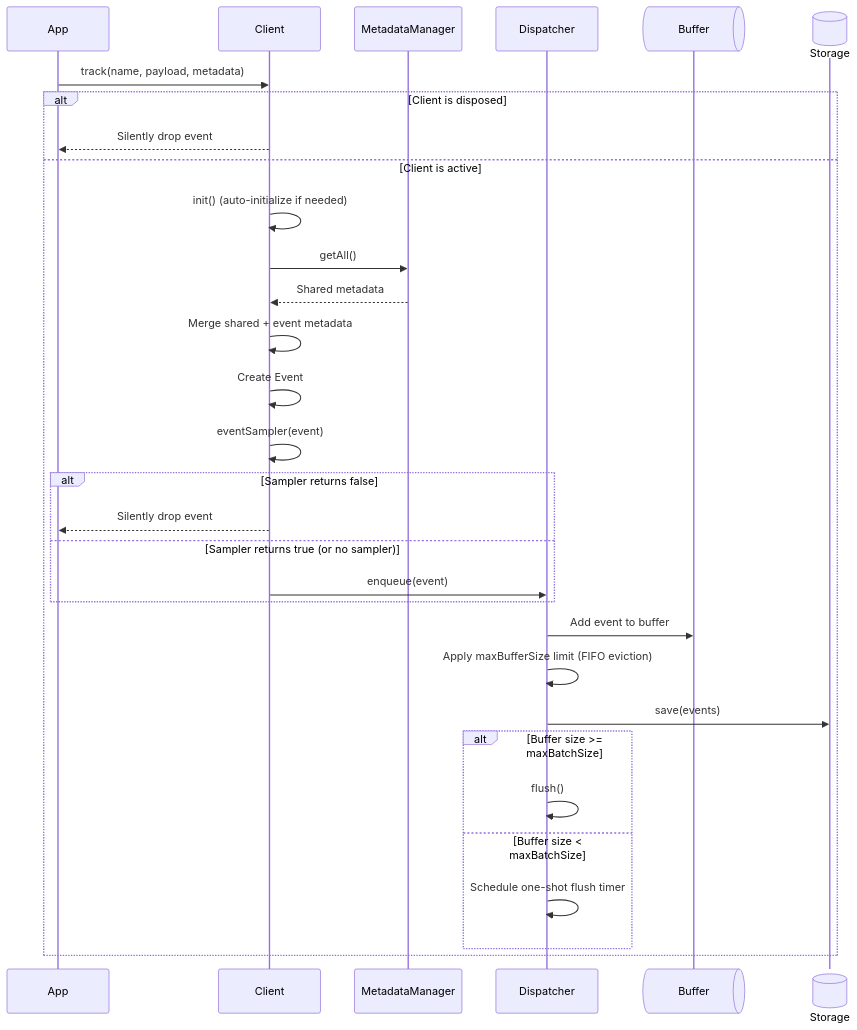
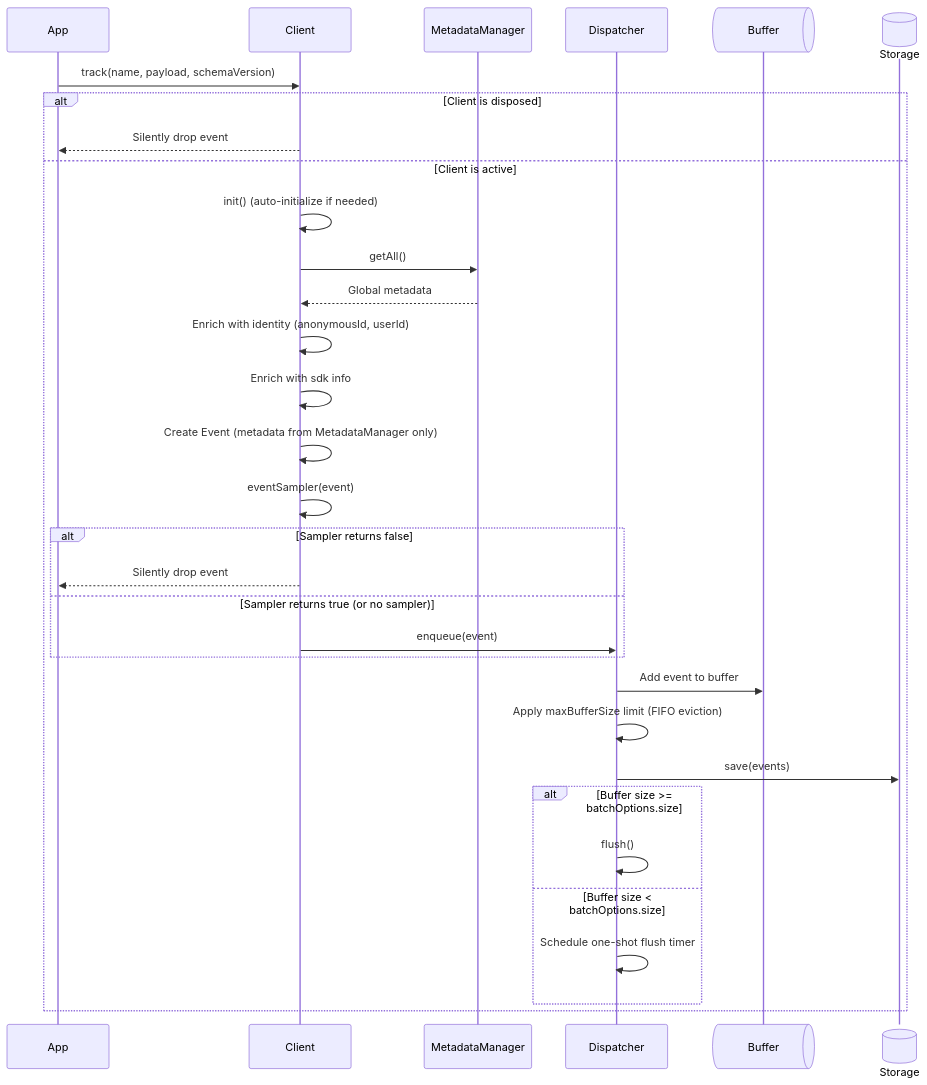
The second of 9 diagrams in DESIGN_AND_CONTRACTS.md (Tap30/ripple), drawn with Mermaid before and after one commit. The commit also changed other lines of this file and 4 other files, not shown here.

````diff
--- a/DESIGN_AND_CONTRACTS.md
+++ b/DESIGN_AND_CONTRACTS.md
@@ -255,34 +342,35 @@
 ```mermaid
 sequenceDiagram
     participant App
     participant Client
     participant MetadataManager
     participant Dispatcher
     participant Buffer@{ "type" : "queue" }
     participant Storage@{ "type" : "database" }
 
-    App->>Client: track(name, payload, metadata)
+    App->>Client: track(name, payload, schemaVersion)
     alt Client is disposed
         Client-->>App: Silently drop event
     else Client is active
         Client->>Client: init() (auto-initialize if needed)
         Client->>MetadataManager: getAll()
-        MetadataManager-->>Client: Shared metadata
-        Client->>Client: Merge shared + event metadata
-        Client->>Client: Create Event
+        MetadataManager-->>Client: Global metadata
+        Client->>Client: Enrich with identity (anonymousId, userId)
+        Client->>Client: Enrich with sdk info
+        Client->>Client: Create Event (metadata from MetadataManager only)
         Client->>Client: eventSampler(event)
         alt Sampler returns false
             Client-->>App: Silently drop event
         else Sampler returns true (or no sampler)
             Client->>Dispatcher: enqueue(event)
         end
         Dispatcher->>Buffer: Add event to buffer
         Dispatcher->>Dispatcher: Apply maxBufferSize limit (FIFO eviction)
         Dispatcher->>Storage: save(events)
-        alt Buffer size >= maxBatchSize
+        alt Buffer size >= batchOptions.size
             Dispatcher->>Dispatcher: flush()
-        else Buffer size < maxBatchSize
+        else Buffer size < batchOptions.size
             Dispatcher->>Dispatcher: Schedule one-shot flush timer
         end
     end
 ```
````
